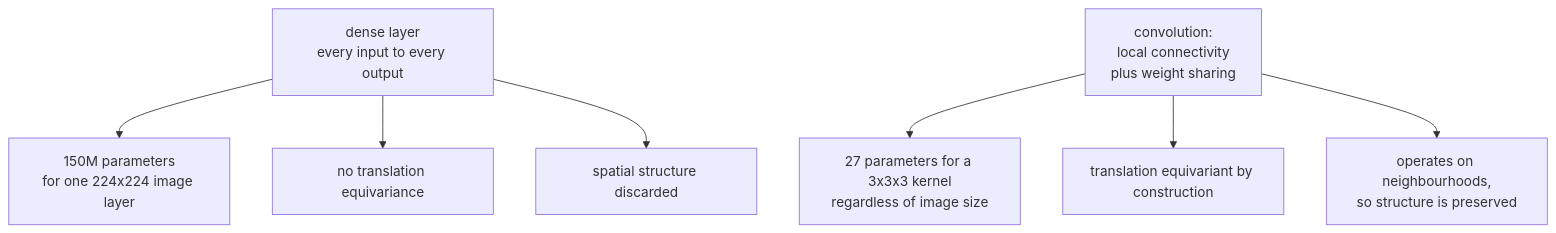
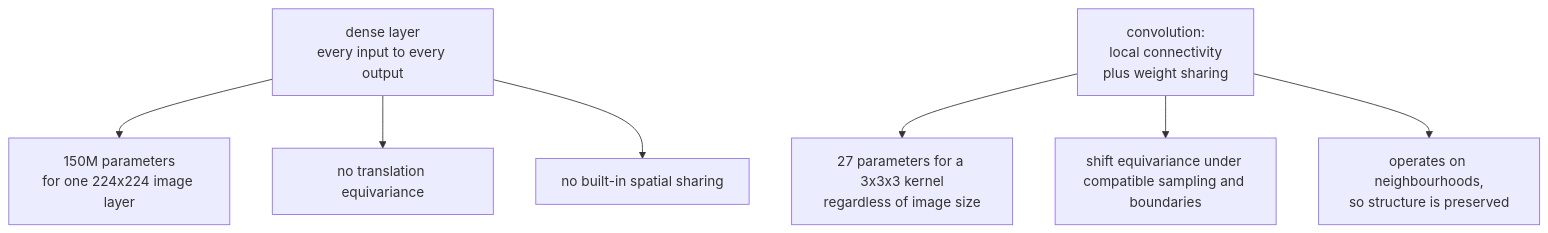
Before and after one commit to alliedbrother/ml-interview-notes: the diagram in content/notes/deep-learning/cnns.md, drawn with Mermaid. The commit also changed other lines of this file and 217 other files, not shown here.

````diff
--- a/content/notes/deep-learning/cnns.md
+++ b/content/notes/deep-learning/cnns.md
@@ -30,9 +29,9 @@
 ```mermaid
 flowchart TD
     D["dense layer<br/>every input to every output"] --> P1["150M parameters<br/>for one 224x224 image layer"]
     D --> P2["no translation equivariance"]
-    D --> P3["spatial structure discarded"]
+    D --> P3["no built-in spatial sharing"]
     C["convolution:<br/>local connectivity<br/>plus weight sharing"] --> Q1["27 parameters for a 3x3x3 kernel<br/>regardless of image size"]
-    C --> Q2["translation equivariant by construction"]
+    C --> Q2["shift equivariance under compatible sampling and boundaries"]
     C --> Q3["operates on neighbourhoods,<br/>so structure is preserved"]
 ```
````
